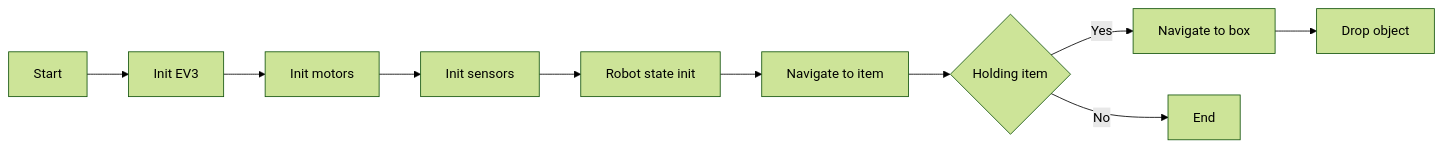
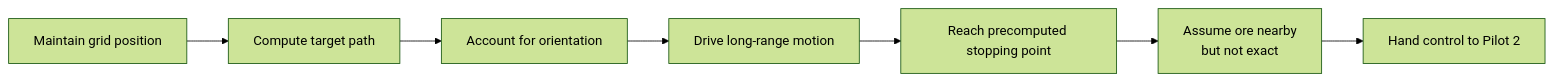
The diagram in public/diagrams/grid1.mmd (FrKah/robot_project), drawn with Mermaid (forest theme) before and after one commit. The commit also changed 9 other files, not shown here.

```diff
--- a/public/diagrams/grid1.mmd
+++ b/public/diagrams/grid1.mmd
@@ -1,10 +1,10 @@
 flowchart LR
-A[Start] --> B[Init EV3]
-B --> C[Init motors]
-C --> D[Init sensors]
-D --> E[Robot state init]
-E --> F[Navigate to item]
-F --> G{Holding item}
-G -->|Yes| H[Navigate to box]
-H --> I[Drop object]
-G -->|No| J[End]
+    A[Maintain grid position] --> B[Compute target path]
+
+    B --> C[Account for orientation]
+    C --> D[Drive long-range motion]
+
+    D --> E[Reach precomputed stopping point]
+    E --> F[Assume ore nearby<br/>but not exact]
+
+    F --> G[Hand control to Pilot 2]
```
